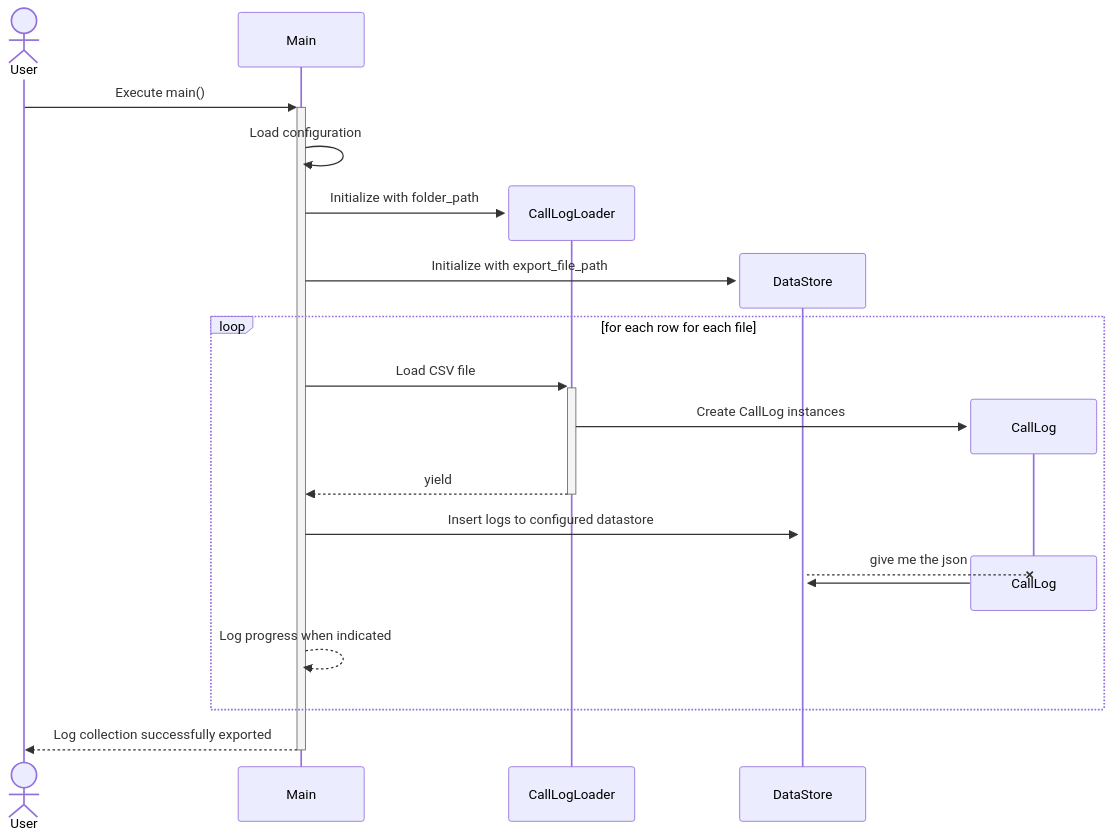
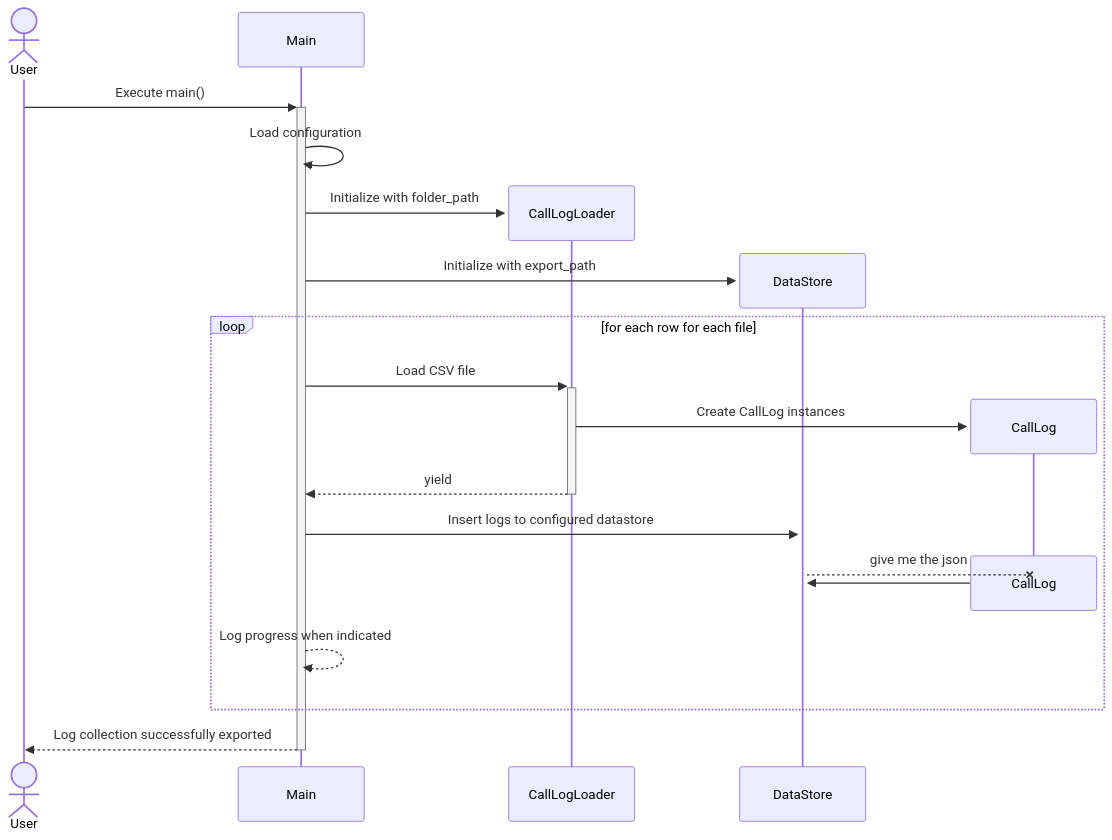
One commit to Davide-OttoneCasagrande/Call-Log-Handler changed the third of 5 diagrams in docs/drs.md. Above: the diagram before and after it, drawn with Mermaid. The commit also changed 5 other files, not shown here.

Commit message:
- Added Dockerfiles for Elasticsearch container setup - Began adapting main and dataStore modules for Elasticsearch integration

```diff
--- a/docs/drs.md
+++ b/docs/drs.md
@@ -216,30 +216,30 @@
 ::: mermaid
  sequenceDiagram
     actor User
     participant Main
 
     User->>+Main: Execute main()
     Main->>Main: Load configuration
 
     create participant CallLogLoader 
     Main->>CallLogLoader: Initialize with folder_path
 
     create participant DataStore
-    Main->>DataStore: Initialize with export_file_path
+    Main->>DataStore: Initialize with export_path
 
     loop for each row for each file
     Main->>+CallLogLoader: Load CSV file
     create participant CallLog
     CallLogLoader->>CallLog: Create CallLog instances
     CallLogLoader-->>-Main: yield
 
     Main->>+DataStore: Insert logs to configured datastore
     DataStore--XCallLog: give me the json
     destroy CallLog
     CallLog->>DataStore: 
     Main-->>Main: Log progress when indicated
     end
     
     Main-->>-User: Log collection successfully exported
 
 :::
```
